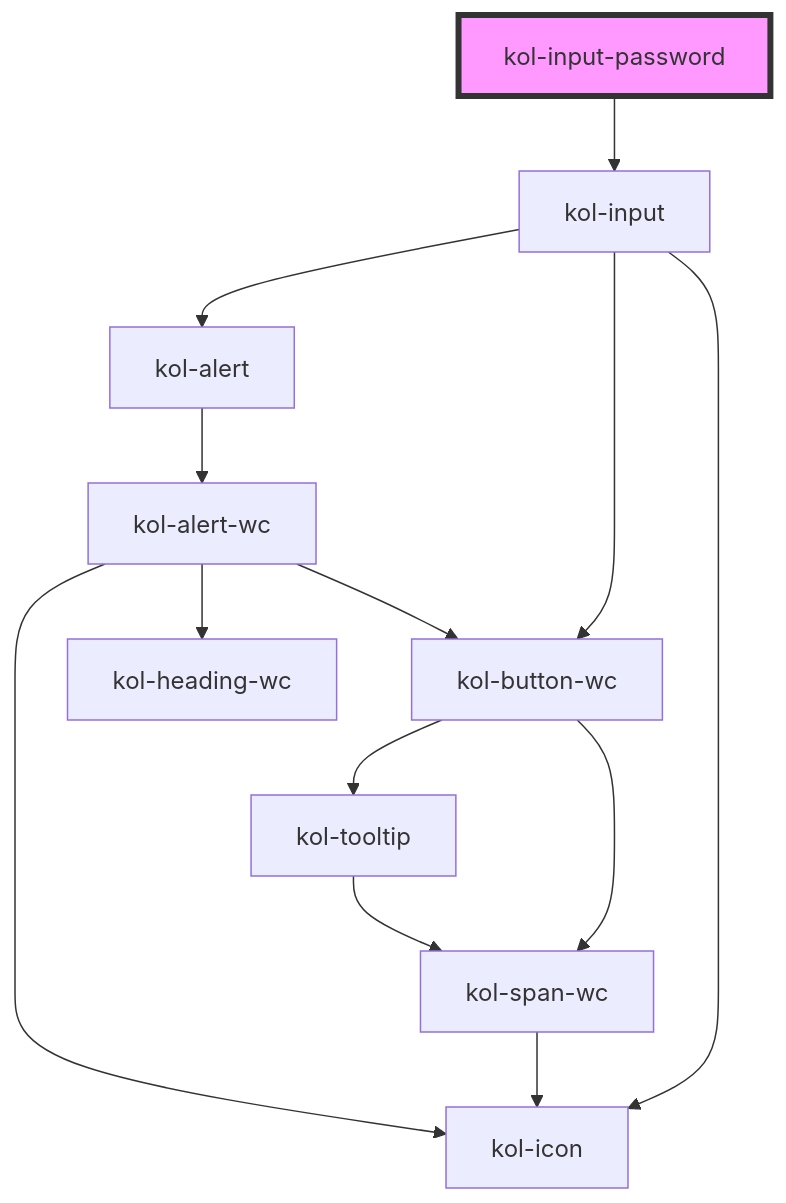
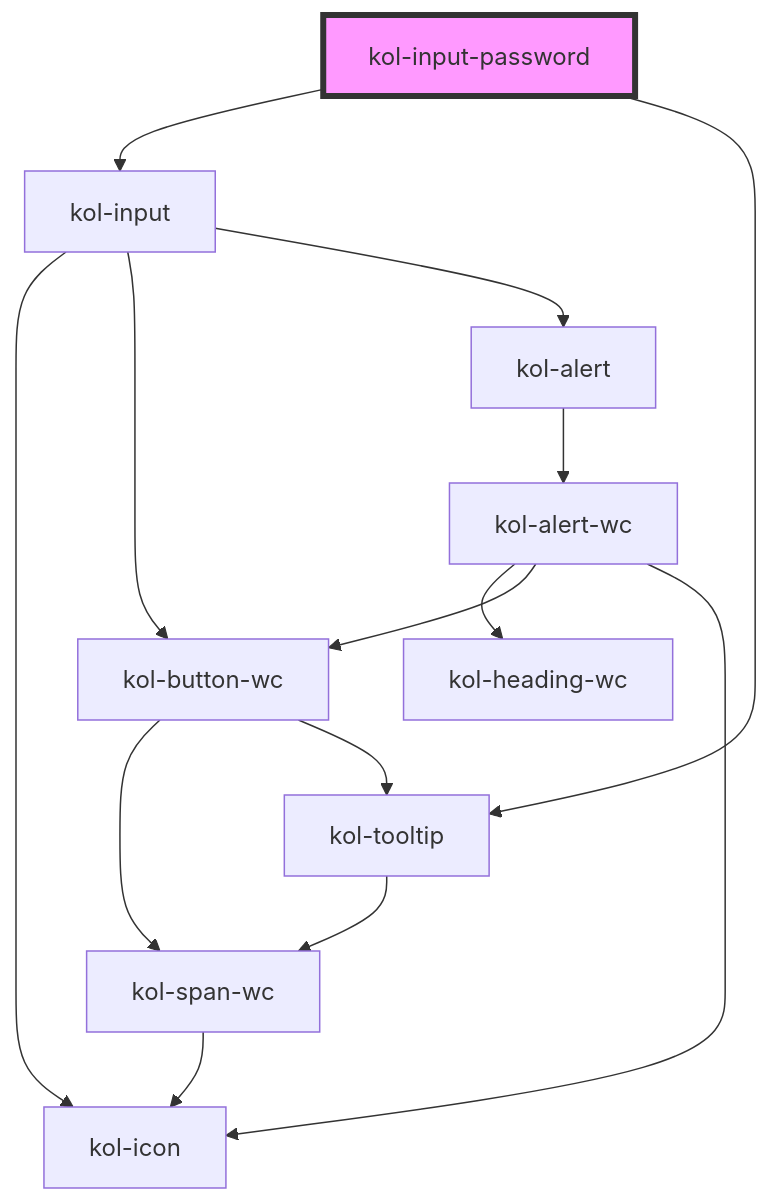
Before and after one commit to public-ui/kolibri: the diagram in packages/components/src/components/input-password/readme.md, drawn with Mermaid. The commit also changed other lines of this file and 96 other files, not shown here.

````diff
--- a/packages/components/src/components/input-password/readme.md
+++ b/packages/components/src/components/input-password/readme.md
@@ -83,16 +85,17 @@
 ```mermaid
 graph TD;
   kol-input-password --> kol-input
+  kol-input-password --> kol-tooltip
   kol-input --> kol-icon
   kol-input --> kol-button-wc
   kol-input --> kol-alert
   kol-button-wc --> kol-span-wc
   kol-button-wc --> kol-tooltip
   kol-span-wc --> kol-icon
   kol-tooltip --> kol-span-wc
   kol-alert --> kol-alert-wc
   kol-alert-wc --> kol-heading-wc
   kol-alert-wc --> kol-button-wc
   kol-alert-wc --> kol-icon
   style kol-input-password fill:#f9f,stroke:#333,stroke-width:4px
 ```
````
